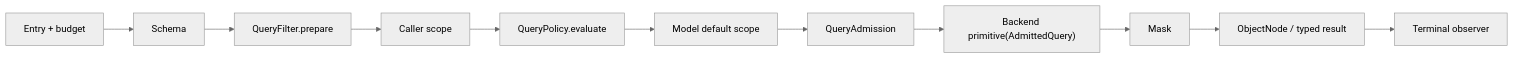
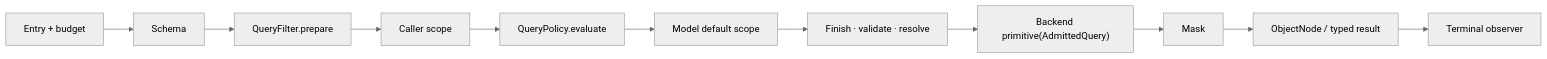
The diagram in documentation/docs/en/guide/query/query-gateway.md (Ahoo-Wang/Wow), drawn with Mermaid (neutral theme) before and after one commit. The commit also changed other lines of this file and 62 other files, not shown here.

Commit message:
refactor(query): one admission pipeline for queries and point reads (#3580)

````diff
--- a/documentation/docs/en/guide/query/query-gateway.md
+++ b/documentation/docs/en/guide/query/query-gateway.md
@@ -26,13 +26,13 @@
 ```mermaid
 flowchart LR
     Entry["Entry + budget"] --> Provider["Schema"]
     Provider --> Prepare["QueryFilter.prepare"]
     Prepare --> Scope["Caller scope"]
     Scope --> Policy["QueryPolicy.evaluate"]
     Policy --> Default["Model default scope"]
-    Default --> Admission["QueryAdmission"]
+    Default --> Admission["Finish · validate · resolve"]
     Admission --> Backend["Backend primitive(AdmittedQuery)"]
     Backend --> Mask["Mask"]
     Mask --> Result["ObjectNode / typed result"]
     Result --> Observer["Terminal observer"]
 ```
````
